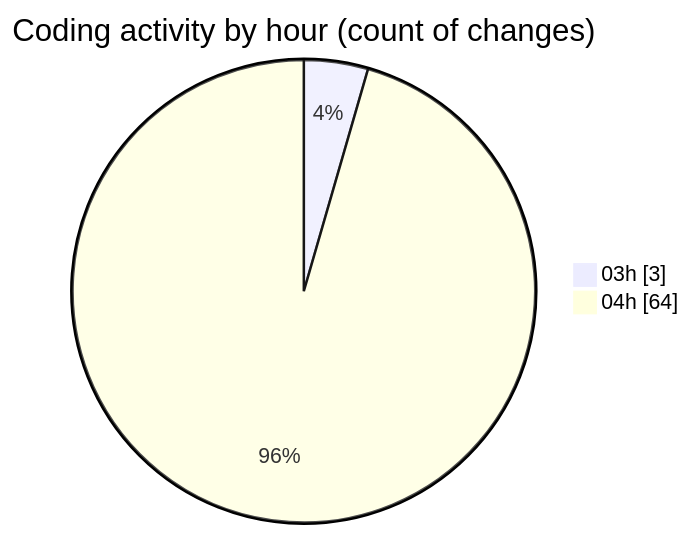
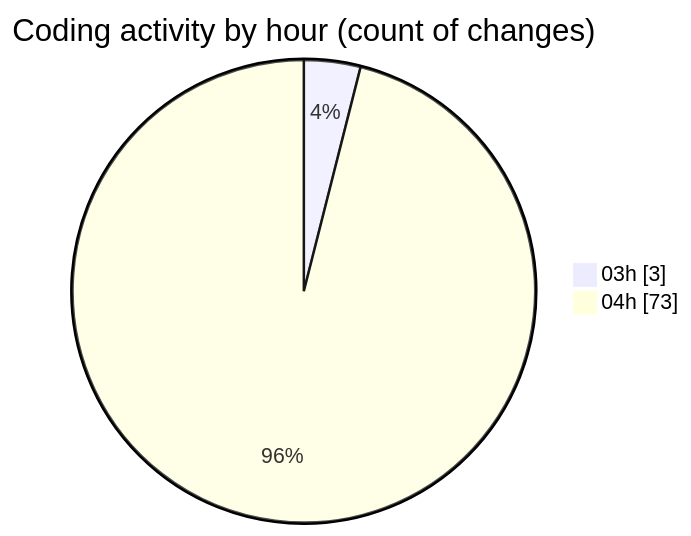
The second of 2 diagrams in 2025-01-03/tinycms/README.md (ernivani/code-tracking), drawn with Mermaid before and after one commit. The commit also changed other lines of this file and 2 other files, not shown here.

````diff
--- a/2025-01-03/tinycms/README.md
+++ b/2025-01-03/tinycms/README.md
@@ -48,6 +48,6 @@
 ```mermaid
 pie showData
 title Coding activity by hour (count of changes)
 "03h" : 3
-"04h" : 64
+"04h" : 73
 ```
````
